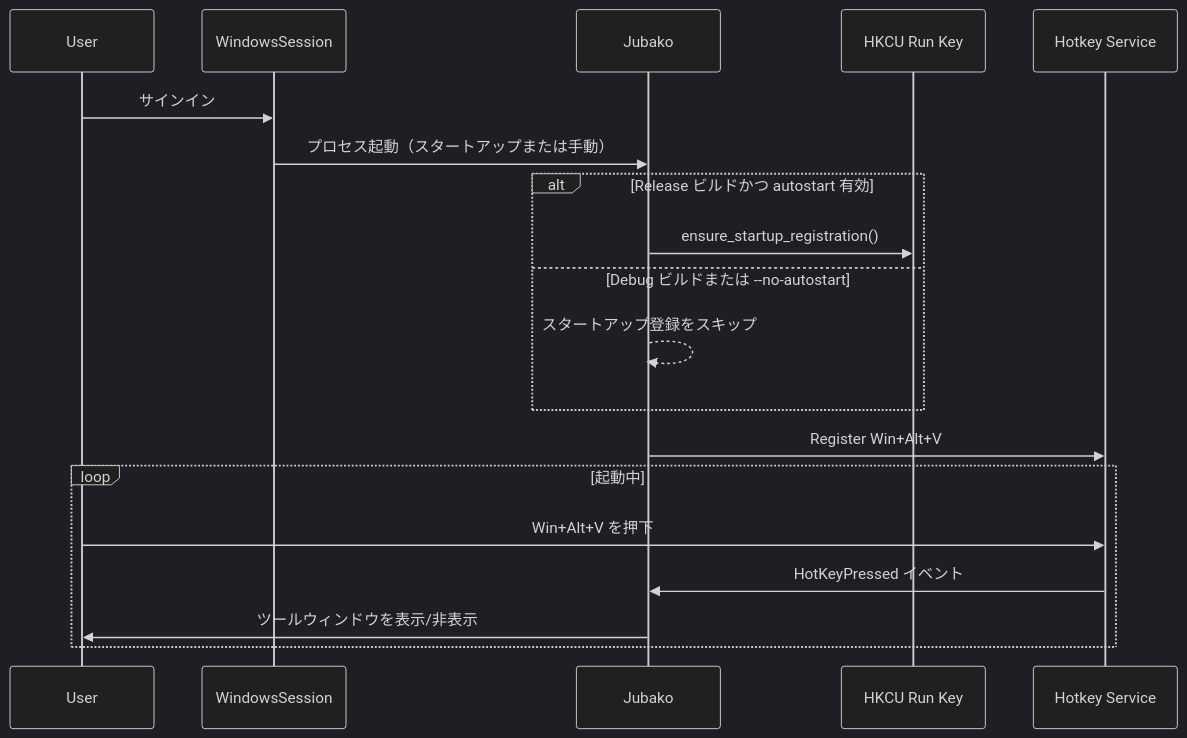
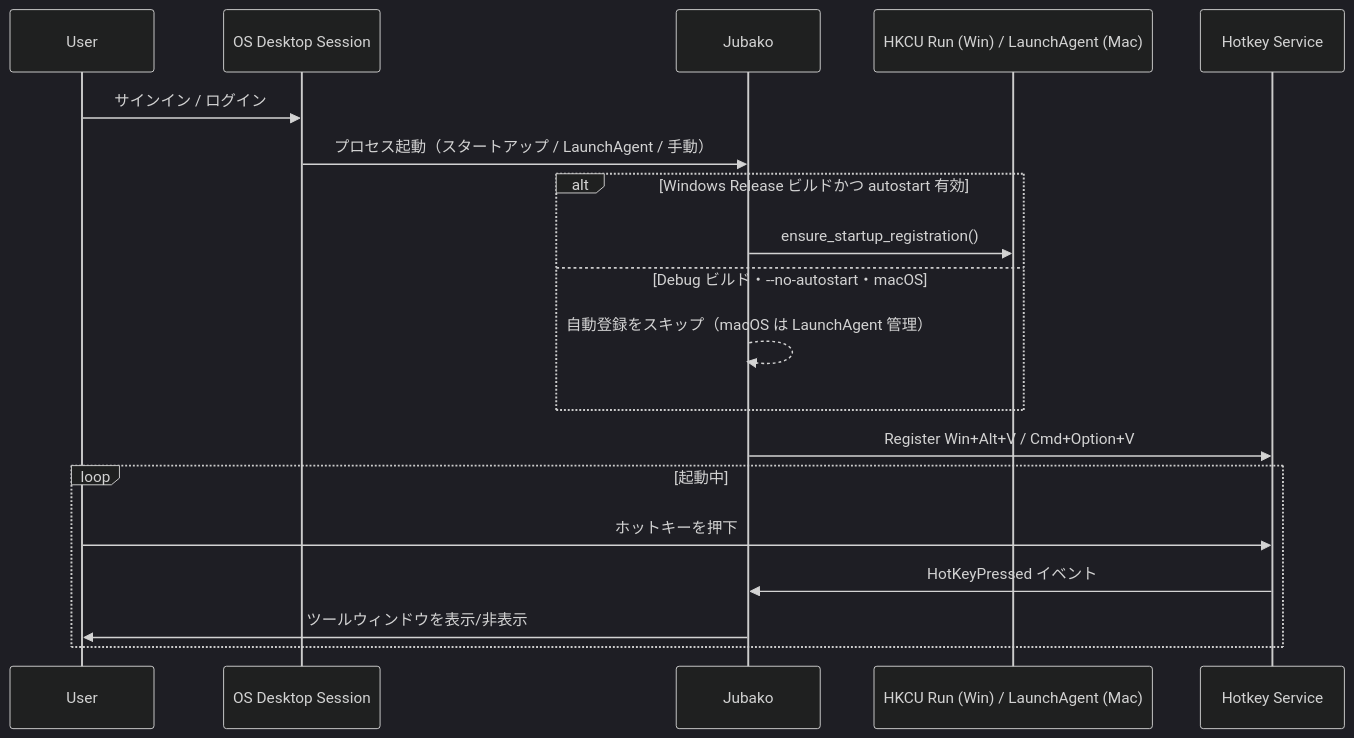
One commit to puuuii/Jubako changed the diagram in docs/architecture/04_behaviors/sequences/01-authentication.md. Above: the diagram before and after it, drawn with Mermaid (dark theme). The commit also changed other lines of this file and 25 other files, not shown here.

````diff
--- a/docs/architecture/04_behaviors/sequences/01-authentication.md
+++ b/docs/architecture/04_behaviors/sequences/01-authentication.md
@@ -15,25 +15,25 @@
 ```mermaid
 sequenceDiagram
     participant User
-    participant WindowsSession
+    participant OSSession as OS Desktop Session
     participant Jubako
-    participant Registry as HKCU Run Key
+    participant Autostart as HKCU Run (Win) / LaunchAgent (Mac)
     participant Hotkey as Hotkey Service
 
-    User->>WindowsSession: サインイン
-    WindowsSession->>Jubako: プロセス起動（スタートアップまたは手動）
+    User->>OSSession: サインイン / ログイン
+    OSSession->>Jubako: プロセス起動（スタートアップ / LaunchAgent / 手動）
 
-    alt Release ビルドかつ autostart 有効
-        Jubako->>Registry: ensure_startup_registration()
-    else Debug ビルドまたは --no-autostart
-        Jubako-->>Jubako: スタートアップ登録をスキップ
+    alt Windows Release ビルドかつ autostart 有効
+        Jubako->>Autostart: ensure_startup_registration()
+    else Debug ビルド・--no-autostart・macOS
+        Jubako-->>Jubako: 自動登録をスキップ（macOS は LaunchAgent 管理）
     end
 
-    Jubako->>Hotkey: Register Win+Alt+V
+    Jubako->>Hotkey: Register Win+Alt+V / Cmd+Option+V
 
     loop 起動中
-        User->>Hotkey: Win+Alt+V を押下
+        User->>Hotkey: ホットキーを押下
         Hotkey->>Jubako: HotKeyPressed イベント
         Jubako->>User: ツールウィンドウを表示/非表示
     end
 ```
````
